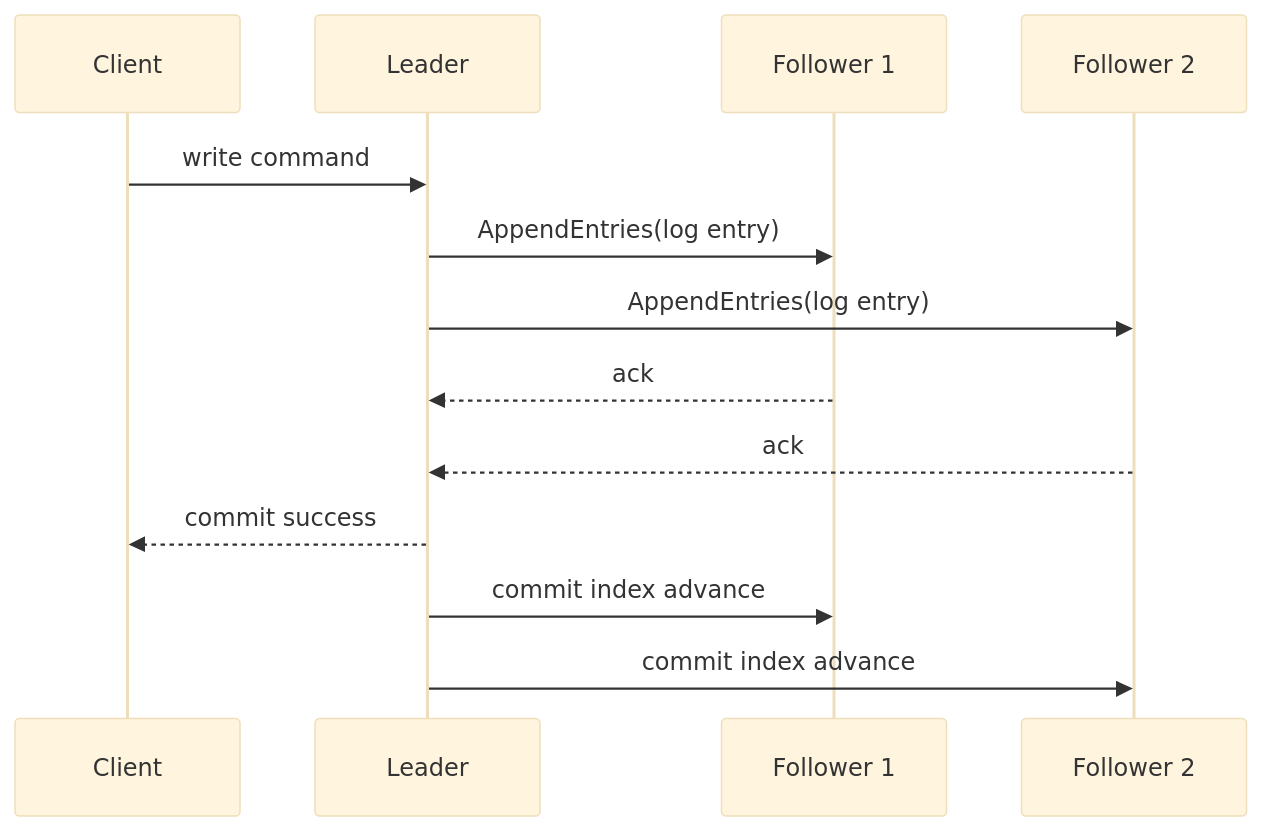
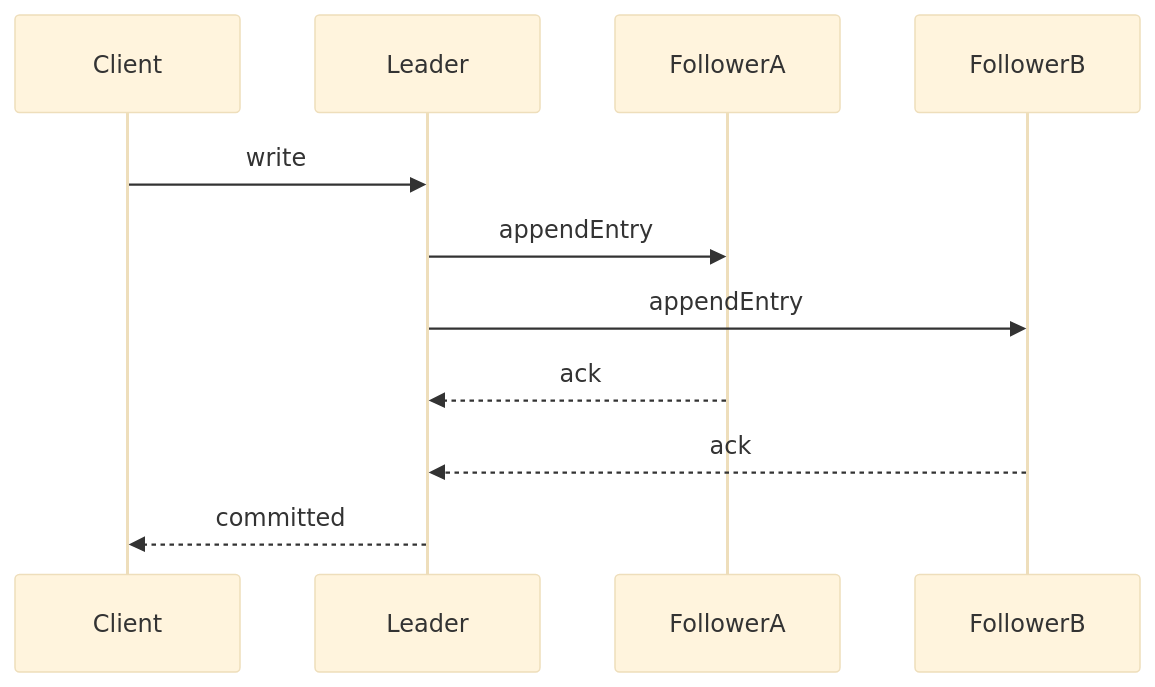
Before and after one commit to GabrielAlmeidaFlores/Senior-Software-Architect: the first of 2 diagrams in database/database-masterclass/01-theory-and-foundations/03-consensus-2pc-and-distributed-transactions.md, drawn with Mermaid (base theme). The commit also changed other lines of this file and 19 other files, not shown here.

````diff
--- a/database/database-masterclass/01-theory-and-foundations/03-consensus-2pc-and-distributed-transactions.md
+++ b/database/database-masterclass/01-theory-and-foundations/03-consensus-2pc-and-distributed-transactions.md
@@ -30,15 +52,13 @@
 ```mermaid
 sequenceDiagram
-    participant C as Client
-    participant L as Leader
-    participant F1 as Follower 1
-    participant F2 as Follower 2
-    C->>L: write command
-    L->>F1: AppendEntries(log entry)
-    L->>F2: AppendEntries(log entry)
-    F1-->>L: ack
-    F2-->>L: ack
-    L-->>C: commit success
-    L->>F1: commit index advance
-    L->>F2: commit index advance
+    participant Client
+    participant Leader
+    participant FollowerA
+    participant FollowerB
+    Client->>Leader: write
+    Leader->>FollowerA: appendEntry
+    Leader->>FollowerB: appendEntry
+    FollowerA-->>Leader: ack
+    FollowerB-->>Leader: ack
+    Leader-->>Client: committed
 ```
````
